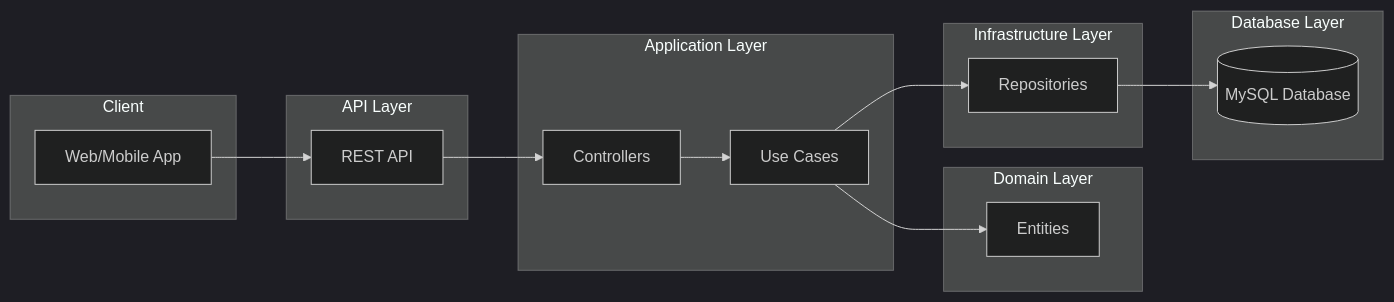
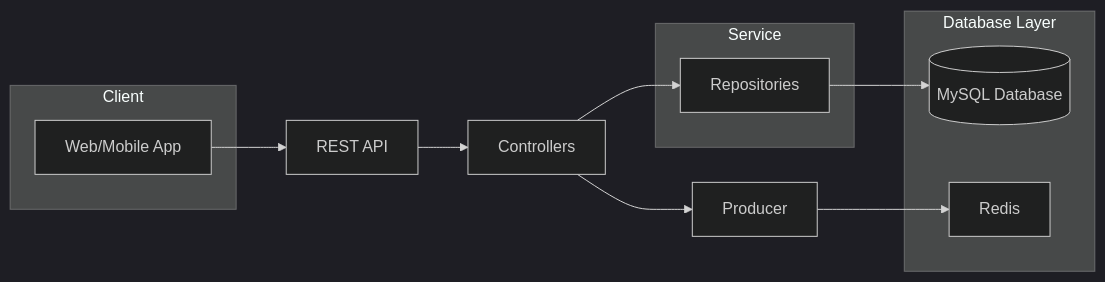
The first of 4 diagrams in README.md (ariunbayar/sweet), drawn with Mermaid (dark theme) before and after one commit.

Commit message:
#59 Updates data flow diagram

````diff
--- a/README.md
+++ b/README.md
@@ -7,24 +7,23 @@
 ```mermaid
 graph LR
 subgraph Client
     A[Web/Mobile App]
 end
-subgraph API Layer
-    B[REST API]
+B[REST API]
+C[Controllers]
+subgraph Service
+    F[Repositories]
 end
-subgraph Application Layer
-    C[Controllers] --> D[Use Cases]
-end
-subgraph Domain Layer
-    D[Use Cases] --> E[Entities]
-end
-subgraph Infrastructure Layer
-    D[Use Cases] --> F[Repositories]
-end
+H[Producer]
 subgraph Database Layer
-    F[Repositories] --> G[(MySQL Database)]
+    G[(MySQL Database)]
+    D[Redis]
 end
 
 A --> B
 B --> C
+C --> H
+C --> F
+F --> G
+H --> D
 ```
````
